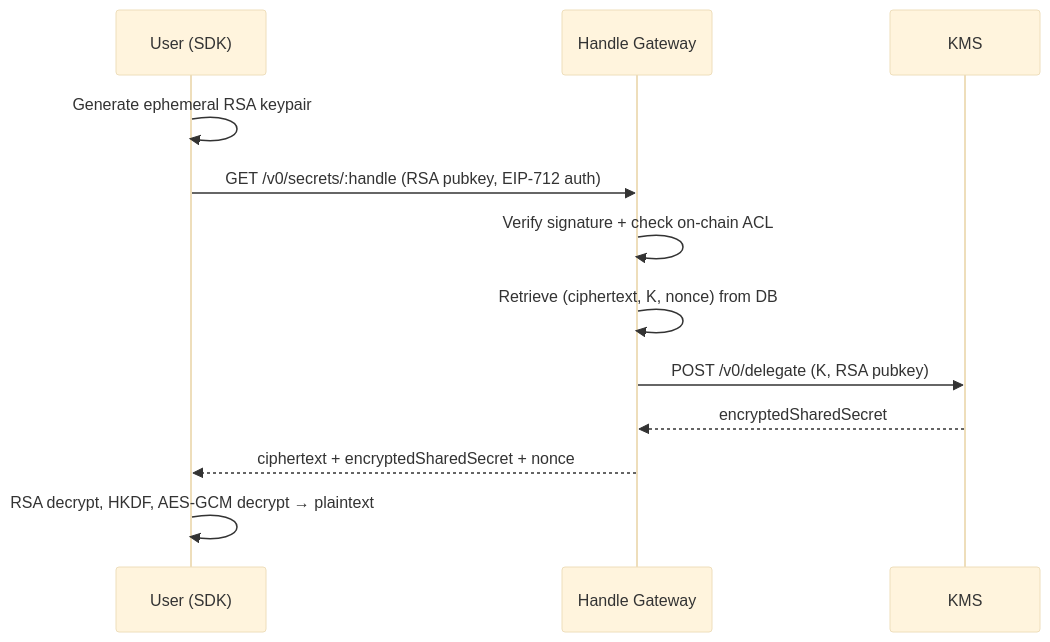
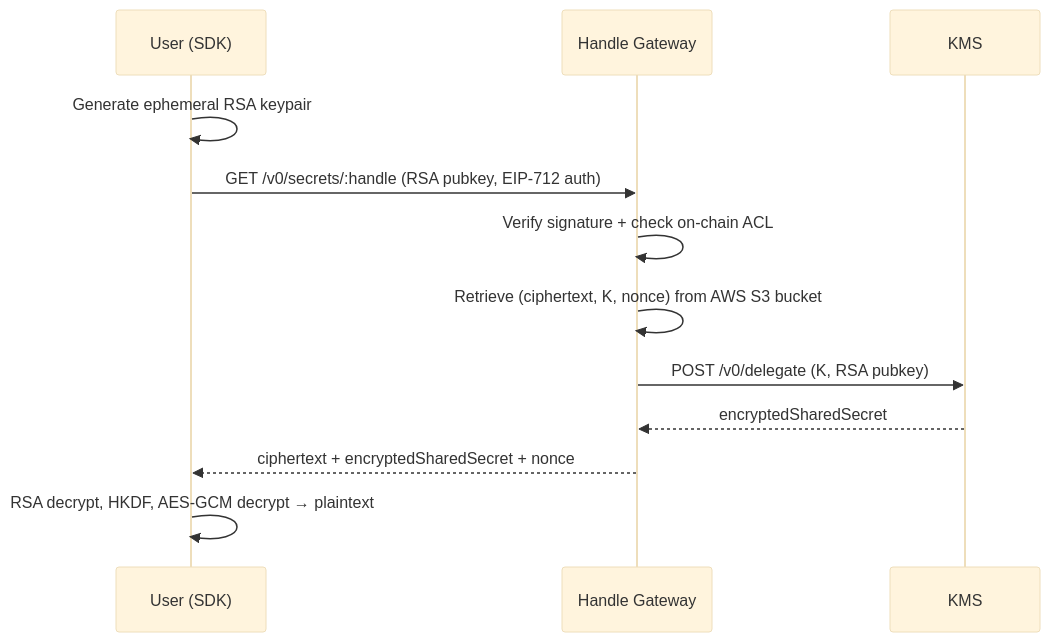
The third of 3 diagrams in src/protocol/handle-gateway.md (iExec-Nox/documentation), drawn with Mermaid (base theme) before and after one commit. The commit also changed other lines of this file and 1 other file, not shown here.

Commit message:
docs: replace PostgreSQL with AWS S3 (#42)

````diff
--- a/src/protocol/handle-gateway.md
+++ b/src/protocol/handle-gateway.md
@@ -58,15 +58,15 @@
 ```mermaid
 sequenceDiagram
     participant U as User (SDK)
     participant GW as Handle Gateway
     participant KMS
 
     U->>U: Generate ephemeral RSA keypair
     U->>GW: GET /v0/secrets/:handle (RSA pubkey, EIP-712 auth)
     GW->>GW: Verify signature + check on-chain ACL
-    GW->>GW: Retrieve (ciphertext, K, nonce) from DB
+    GW->>GW: Retrieve (ciphertext, K, nonce) from AWS S3 bucket
     GW->>KMS: POST /v0/delegate (K, RSA pubkey)
     KMS-->>GW: encryptedSharedSecret
     GW-->>U: ciphertext + encryptedSharedSecret + nonce
     U->>U: RSA decrypt, HKDF, AES-GCM decrypt → plaintext
 ```
````
